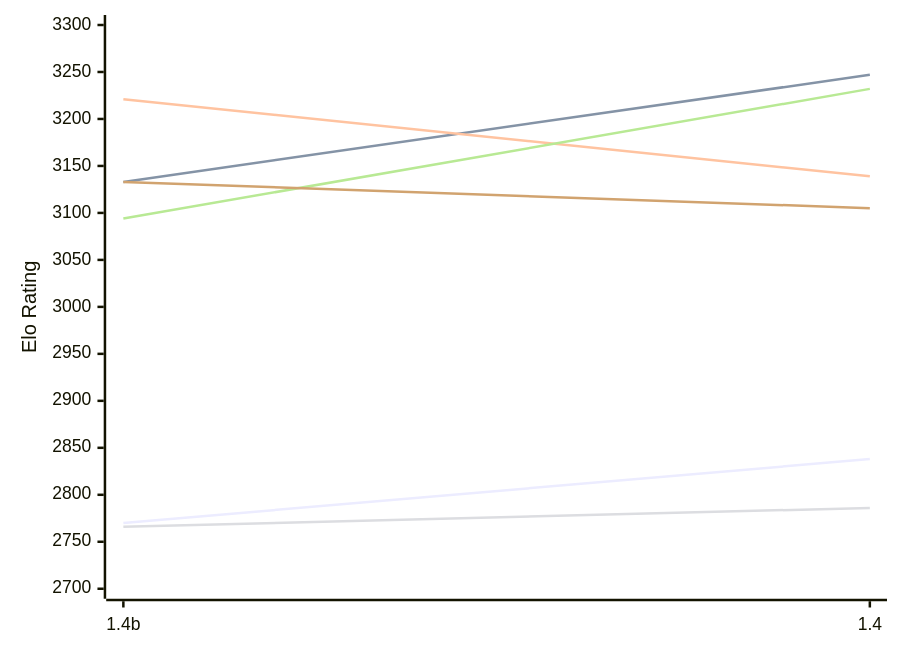
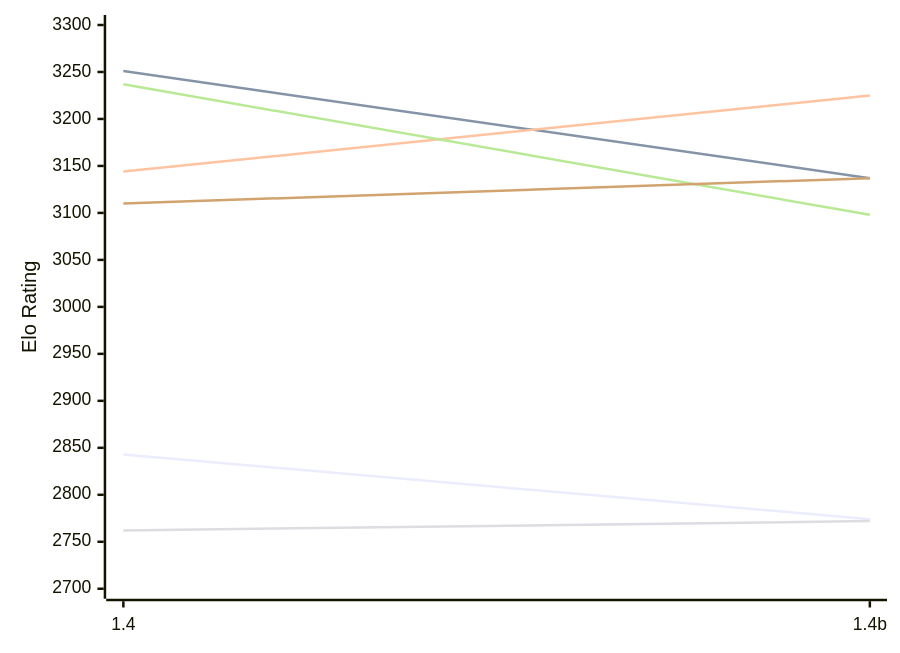
One commit to computer-chess-index/cci changed the first of 2 diagrams in engines/Chessnix.md. Above: the diagram before and after it, drawn with Mermaid. The commit also changed other lines of this file, not shown here.

Commit message:
Update CCI Ratings (ELO VLTC) - 2026-11-20

````diff
--- a/engines/Chessnix.md
+++ b/engines/Chessnix.md
@@ -52,12 +52,12 @@
 ```mermaid
 %%{init: {"theme":"base","themeVariables":{"seriesColors:['#a3a3a3','#222221','#faa371']}}}%%
 xychart-beta
-  x-axis ["1.4b", "1.4"]
+  x-axis ["1.4", "1.4b"]
   y-axis "Elo Rating" 2700 --> 3300
-  line "E1: STC (8.0+0.08s)" [2770, 2838]
-  line "E1: LTC (60.0+0.60s)" [3133, 3247]
-  line "E1: VLTC (2m24s+1.12s)" [3221, 3139]
-  line "P1: STC (8.0+0.08s)" [2766, 2786]
-  line "P1: LTC (60.0+0.60s)" [3094, 3232]
-  line "P1: VLTC (2m24s+1.12s)" [3133, 3105]
+  line "E1: STC (8.0+0.08s)" [2843, 2774]
+  line "E1: LTC (60.0+0.60s)" [3251, 3137]
+  line "E1: VLTC (2m24s+1.12s)" [3144, 3225]
+  line "P1: STC (8.0+0.08s)" [2762, 2772]
+  line "P1: LTC (60.0+0.60s)" [3237, 3098]
+  line "P1: VLTC (2m24s+1.12s)" [3110, 3137]
 ```
````
